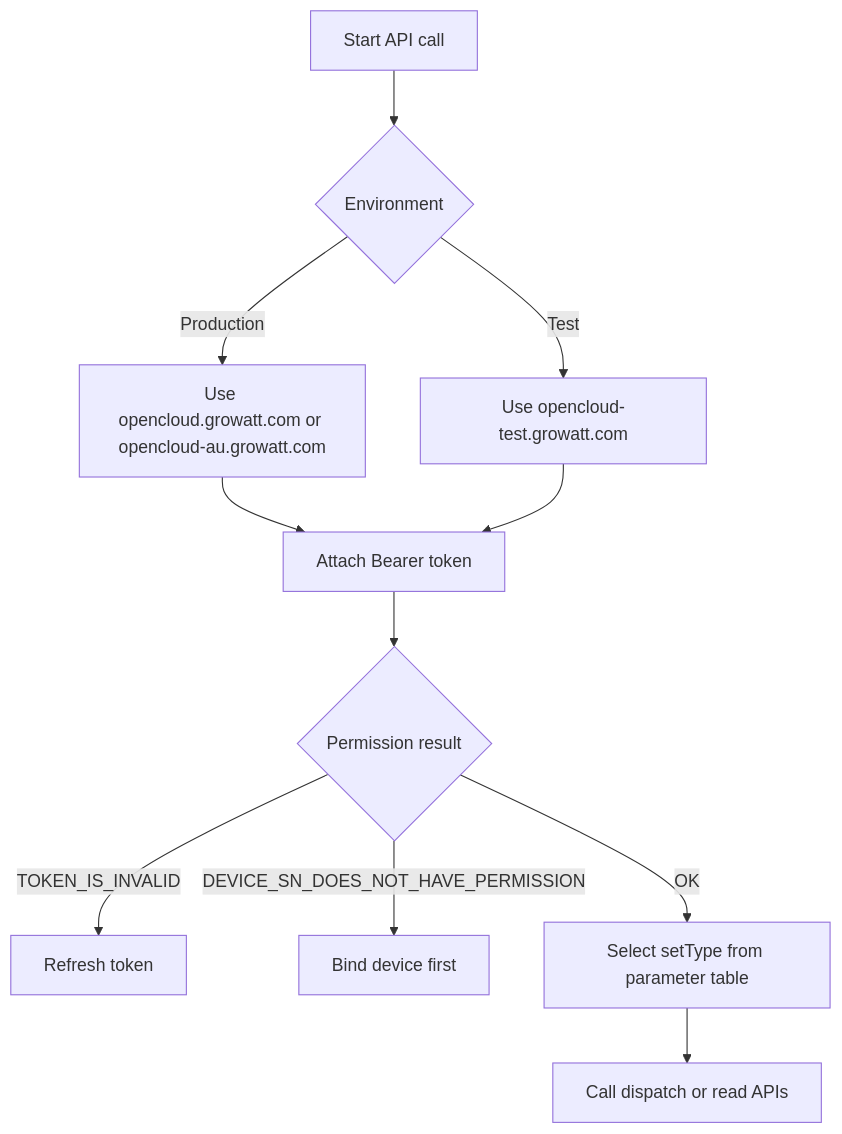
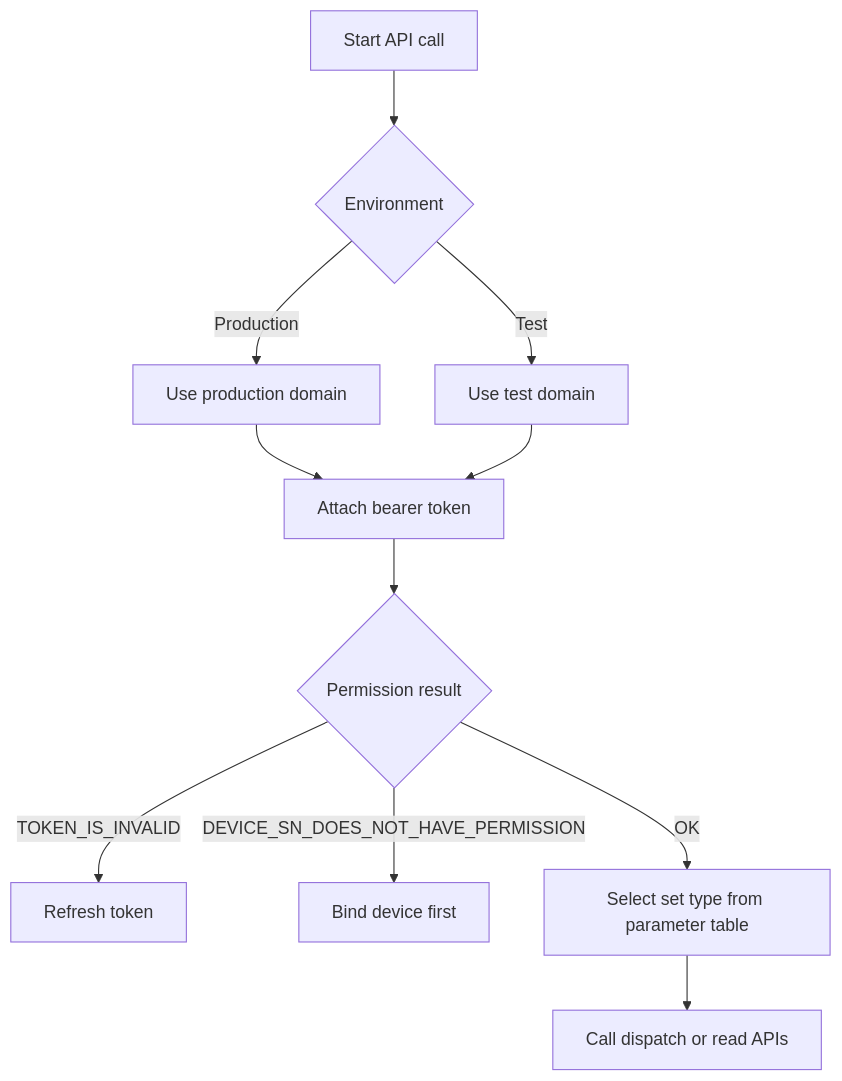
Before and after one commit to EugeneJian/growatt-unified-api: the diagram in Growatt API/OPENAPI/10_global_params.md, drawn with Mermaid. The commit also changed 12 other files, not shown here.

First line of the commit message:
[docs]已按你给的 Mermaid代码的终极准则 4.1 对仓库内 全部 Mermaid 做了加固。

````diff
--- a/Growatt API/OPENAPI/10_global_params.md
+++ b/Growatt API/OPENAPI/10_global_params.md
@@ -14,13 +14,14 @@
 ```mermaid
+%% 本代码严格遵循AI生成Mermaid代码的终极准则v4.1（Mermaid终极大师）
 flowchart TD
-    A[Start API call] --> B{Environment}
-    B -->|Production| C[Use opencloud.growatt.com or opencloud-au.growatt.com]
-    B -->|Test| D[Use opencloud-test.growatt.com]
-    C --> E[Attach Bearer token]
+    A["Start API call"] --> B{"Environment"}
+    B -->|"Production"| C["Use production domain"]
+    B -->|"Test"| D["Use test domain"]
+    C --> E["Attach bearer token"]
     D --> E
-    E --> F{Permission result}
-    F -->|TOKEN_IS_INVALID| G[Refresh token]
-    F -->|DEVICE_SN_DOES_NOT_HAVE_PERMISSION| H[Bind device first]
-    F -->|OK| I[Select setType from parameter table]
-    I --> J[Call dispatch or read APIs]
+    E --> F{"Permission result"}
+    F -->|"TOKEN_IS_INVALID"| G["Refresh token"]
+    F -->|"DEVICE_SN_DOES_NOT_HAVE_PERMISSION"| H["Bind device first"]
+    F -->|"OK"| I["Select set type from parameter table"]
+    I --> J["Call dispatch or read APIs"]
 ```
````
